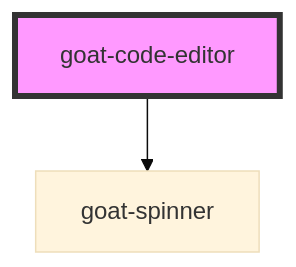
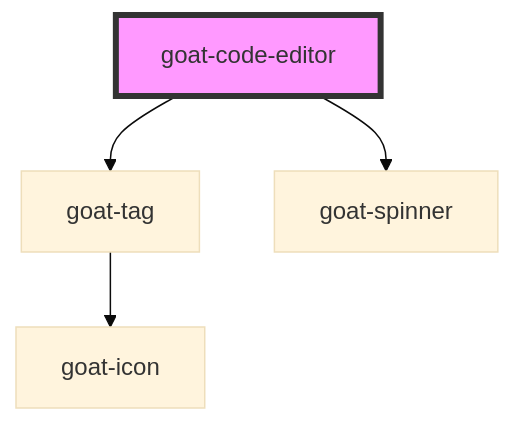
Before and after one commit to goatui/components: the diagram in src/components/data-entry/code-editor/readme.md, drawn with Mermaid (base theme). The commit also changed other lines of this file and 279 other files, not shown here.

````diff
--- a/src/components/data-entry/code-editor/readme.md
+++ b/src/components/data-entry/code-editor/readme.md
@@ -71,5 +72,7 @@
 ```mermaid
 graph TD;
+  goat-code-editor --> goat-tag
   goat-code-editor --> goat-spinner
+  goat-tag --> goat-icon
   style goat-code-editor fill:#f9f,stroke:#333,stroke-width:4px
 ```
````
